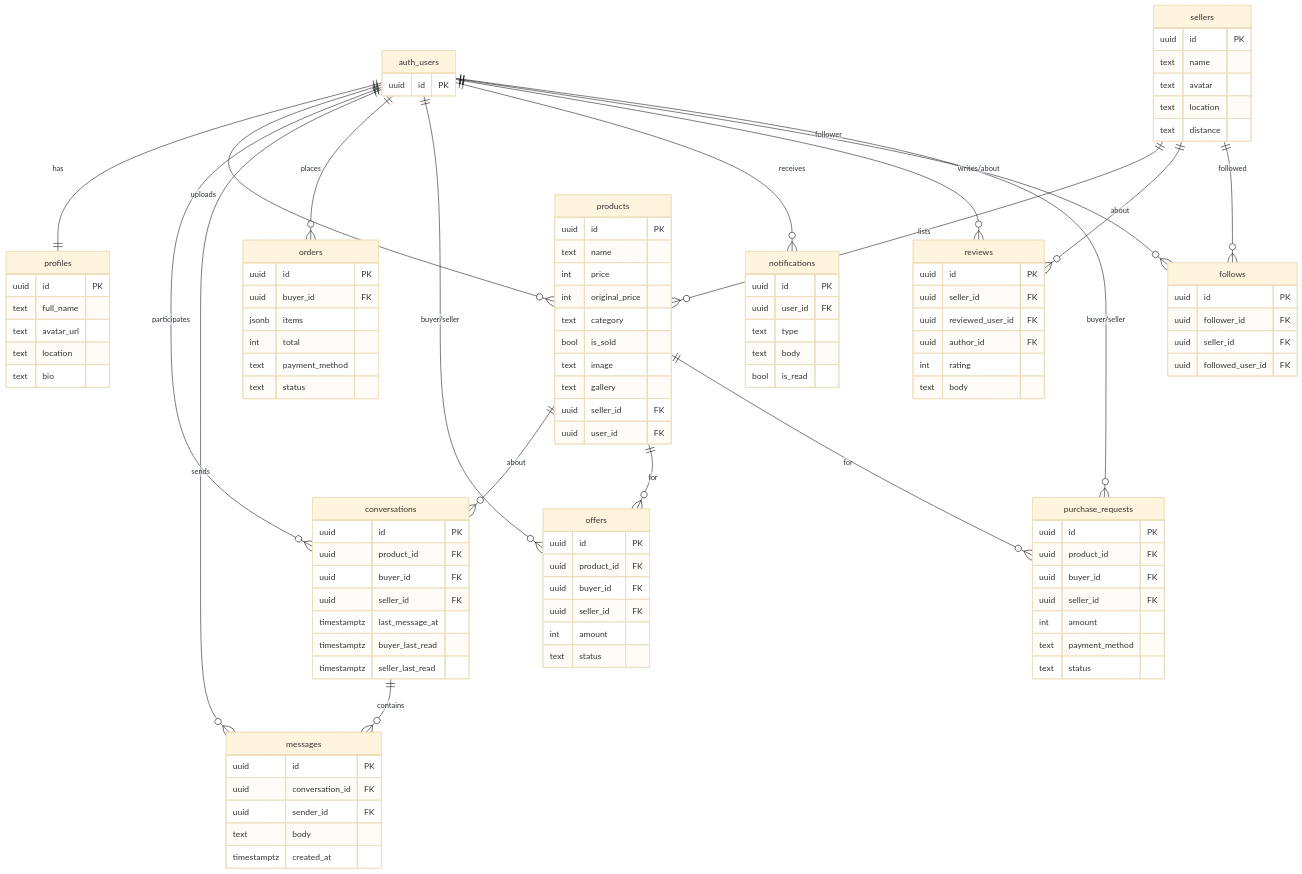
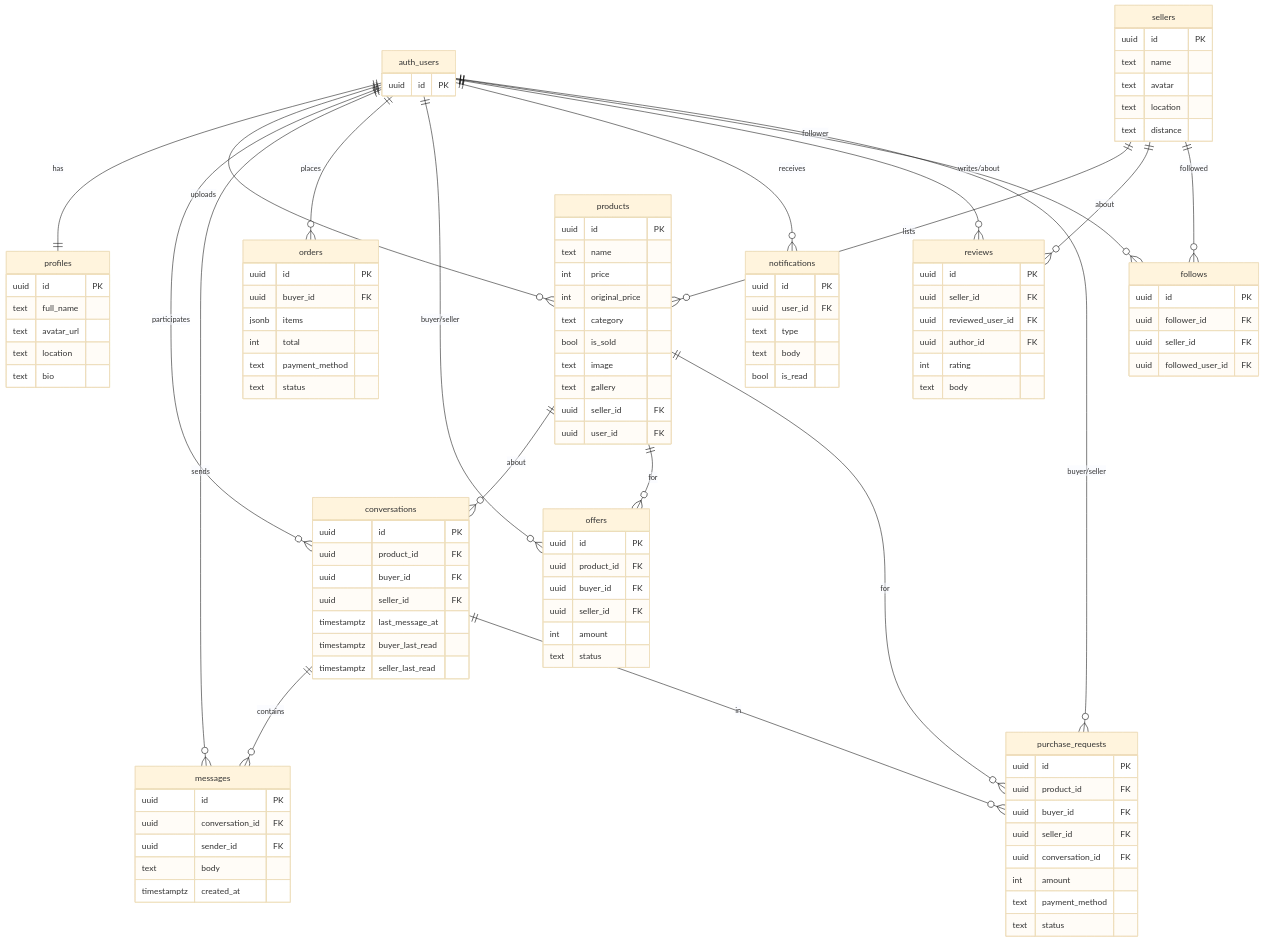
Before and after one commit to kotoshov12/lovesh-et: the diagram in README.md, drawn with Mermaid (base theme). The commit also changed other lines of this file and 9 other files, not shown here.

```diff
--- a/README.md
+++ b/README.md
@@ -144,6 +145,7 @@
     sellers       ||--o{ follows       : "followed"
     products      ||--o{ purchase_requests : "for"
     auth_users    ||--o{ purchase_requests : "buyer/seller"
+    conversations ||--o{ purchase_requests : "in"
 
     auth_users {
       uuid id PK
@@ -232,6 +234,7 @@
       uuid product_id FK
       uuid buyer_id FK
       uuid seller_id FK
+      uuid conversation_id FK
       int amount
       text payment_method
       text status
```
